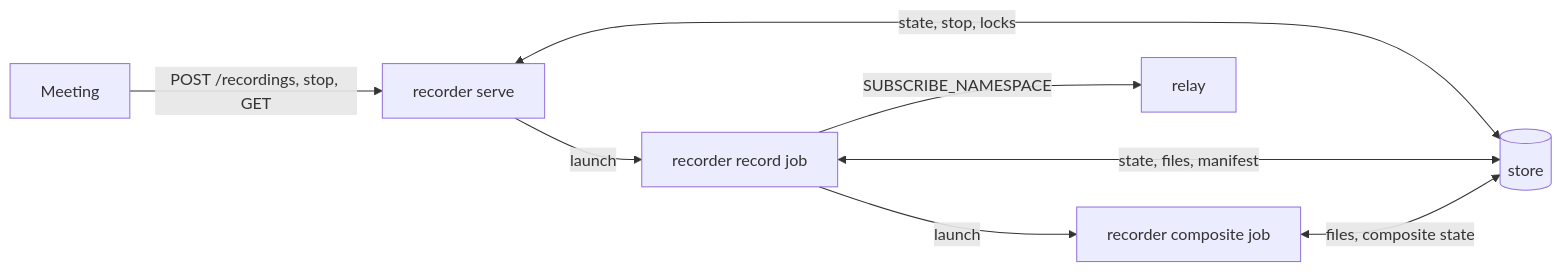
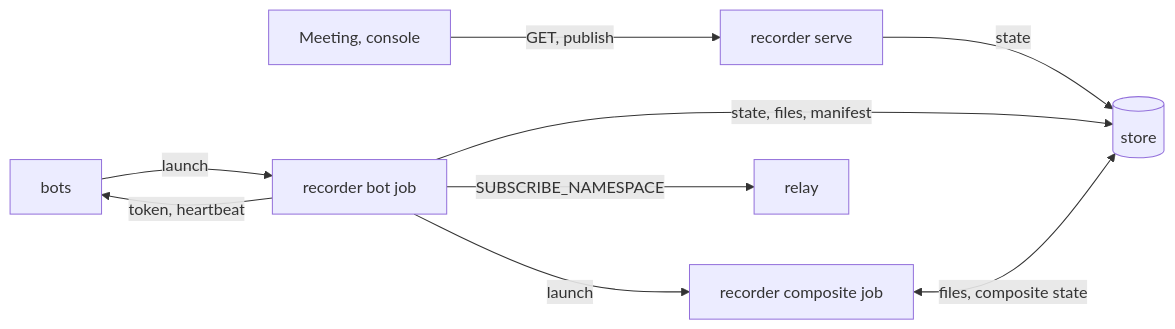
The diagram in docs/architecture/recorder/architecture.md (nttcom/moq-wasm), drawn with Mermaid before and after one commit. The commit also changed other lines of this file and 26 other files, not shown here.

First line of the commit message:
refactor(recorder): 録画の開始・停止を bots に任せ、recorder serve を読み取り専用にする (#1646)

````diff
--- a/docs/architecture/recorder/architecture.md
+++ b/docs/architecture/recorder/architecture.md
@@ -297,10 +299,11 @@
 ```mermaid
 flowchart LR
-  meeting[Meeting] -->|POST /recordings, stop, GET| api[recorder serve]
-  api -->|launch| record[recorder record job]
+  bots[bots] -->|launch| record[recorder bot job]
+  record -->|token, heartbeat| bots
   record -->|launch| composite[recorder composite job]
-  api <-->|state, stop, locks| store[(store)]
-  record <-->|state, files, manifest| store
+  meeting[Meeting, console] -->|GET, publish| api[recorder serve]
+  api -->|state| store[(store)]
+  record -->|state, files, manifest| store
   composite <-->|files, composite state| store
   record -->|SUBSCRIBE_NAMESPACE| relay[relay]
 ```
````
